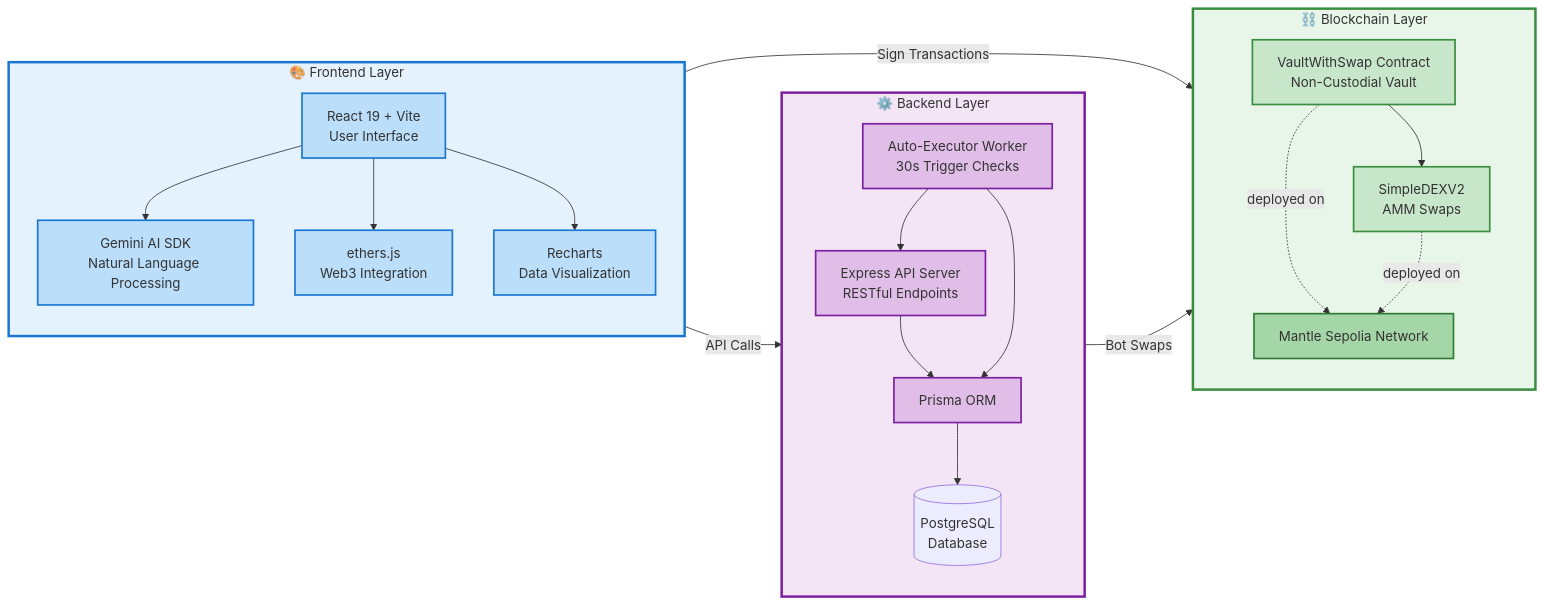
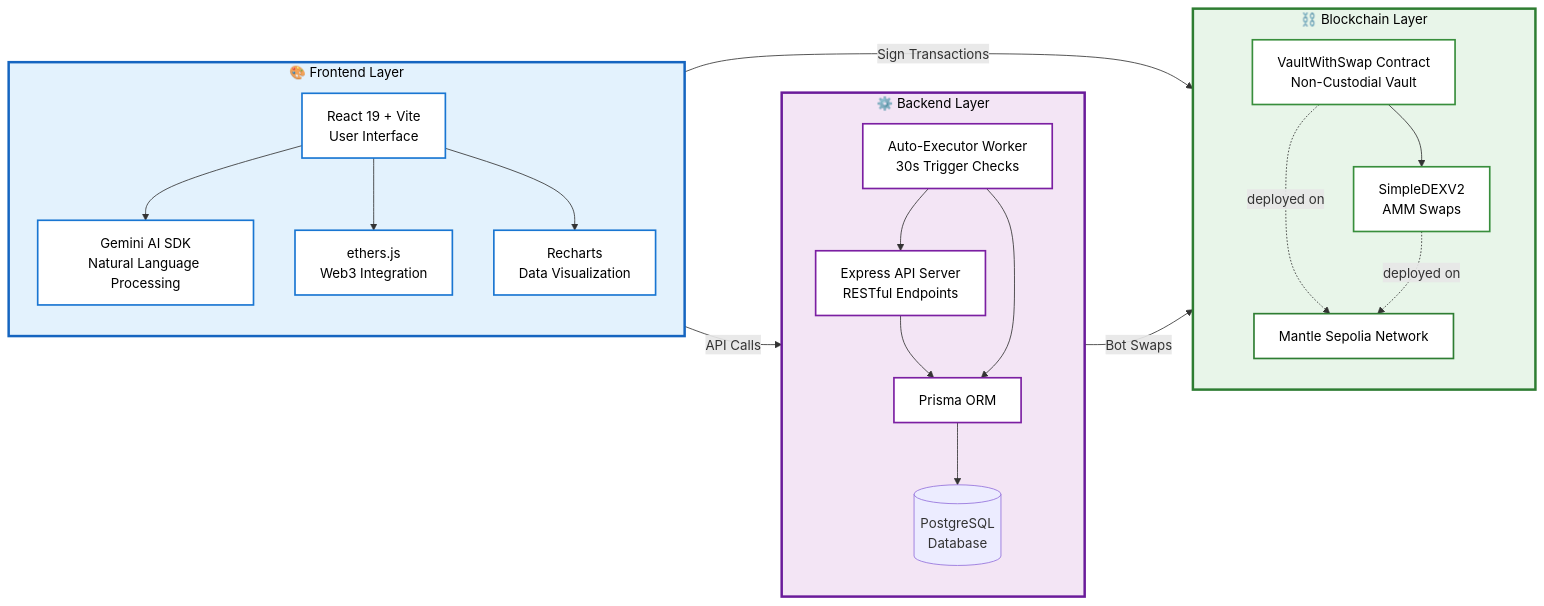
One commit to minhleeee123/MantleFlow changed the first of 2 diagrams in README.md. Above: the diagram before and after it, drawn with Mermaid.

````diff
--- a/README.md
+++ b/README.md
@@ -186,56 +186,56 @@
 ```mermaid
 graph LR
     subgraph Frontend["🎨 Frontend Layer"]
         direction TB
         UI["React 19 + Vite<br/>User Interface"]
         AI["Gemini AI SDK<br/>Natural Language Processing"]
         WEB3["ethers.js<br/>Web3 Integration"]
         CHARTS["Recharts<br/>Data Visualization"]
         
         UI --> AI
         UI --> WEB3
         UI --> CHARTS
     end
     
     subgraph Backend["⚙️ Backend Layer"]
         direction TB
         API["Express API Server<br/>RESTful Endpoints"]
         EXECUTOR["Auto-Executor Worker<br/>30s Trigger Checks"]
         ORM["Prisma ORM"]
         DB[("PostgreSQL<br/>Database")]
         
         API --> ORM
         ORM --> DB
         EXECUTOR --> ORM
         EXECUTOR --> API
     end
     
     subgraph Blockchain["⛓️ Blockchain Layer"]
         direction TB
         VAULT["VaultWithSwap Contract<br/>Non-Custodial Vault"]
         DEX["SimpleDEXV2<br/>AMM Swaps"]
         MANTLE["Mantle Sepolia Network"]
         
         VAULT --> DEX
         VAULT -.deployed on.-> MANTLE
         DEX -.deployed on.-> MANTLE
     end
     
     Frontend -->|"API Calls"| Backend
     Frontend -->|"Sign Transactions"| Blockchain
     Backend -->|"Bot Swaps"| Blockchain
     
-    style Frontend fill:#e3f2fd,stroke:#1976d2,stroke-width:3px
-    style Backend fill:#f3e5f5,stroke:#7b1fa2,stroke-width:3px
-    style Blockchain fill:#e8f5e9,stroke:#388e3c,stroke-width:3px
-    style UI fill:#bbdefb,stroke:#1976d2,stroke-width:2px
-    style AI fill:#bbdefb,stroke:#1976d2,stroke-width:2px
-    style WEB3 fill:#bbdefb,stroke:#1976d2,stroke-width:2px
-    style CHARTS fill:#bbdefb,stroke:#1976d2,stroke-width:2px
-    style API fill:#e1bee7,stroke:#7b1fa2,stroke-width:2px
-    style EXECUTOR fill:#e1bee7,stroke:#7b1fa2,stroke-width:2px
-    style ORM fill:#e1bee7,stroke:#7b1fa2,stroke-width:2px
-    style VAULT fill:#c8e6c9,stroke:#388e3c,stroke-width:2px
-    style DEX fill:#c8e6c9,stroke:#388e3c,stroke-width:2px
-    style MANTLE fill:#a5d6a7,stroke:#2e7d32,stroke-width:2px
+    style Frontend fill:#e3f2fd,stroke:#1565c0,stroke-width:3px,color:#000
+    style Backend fill:#f3e5f5,stroke:#6a1b9a,stroke-width:3px,color:#000
+    style Blockchain fill:#e8f5e9,stroke:#2e7d32,stroke-width:3px,color:#000
+    style UI fill:#ffffff,stroke:#1976d2,stroke-width:2px,color:#000
+    style AI fill:#ffffff,stroke:#1976d2,stroke-width:2px,color:#000
+    style WEB3 fill:#ffffff,stroke:#1976d2,stroke-width:2px,color:#000
+    style CHARTS fill:#ffffff,stroke:#1976d2,stroke-width:2px,color:#000
+    style API fill:#ffffff,stroke:#7b1fa2,stroke-width:2px,color:#000
+    style EXECUTOR fill:#ffffff,stroke:#7b1fa2,stroke-width:2px,color:#000
+    style ORM fill:#ffffff,stroke:#7b1fa2,stroke-width:2px,color:#000
+    style VAULT fill:#ffffff,stroke:#388e3c,stroke-width:2px,color:#000
+    style DEX fill:#ffffff,stroke:#388e3c,stroke-width:2px,color:#000
+    style MANTLE fill:#ffffff,stroke:#2e7d32,stroke-width:2px,color:#000
 ```
````
